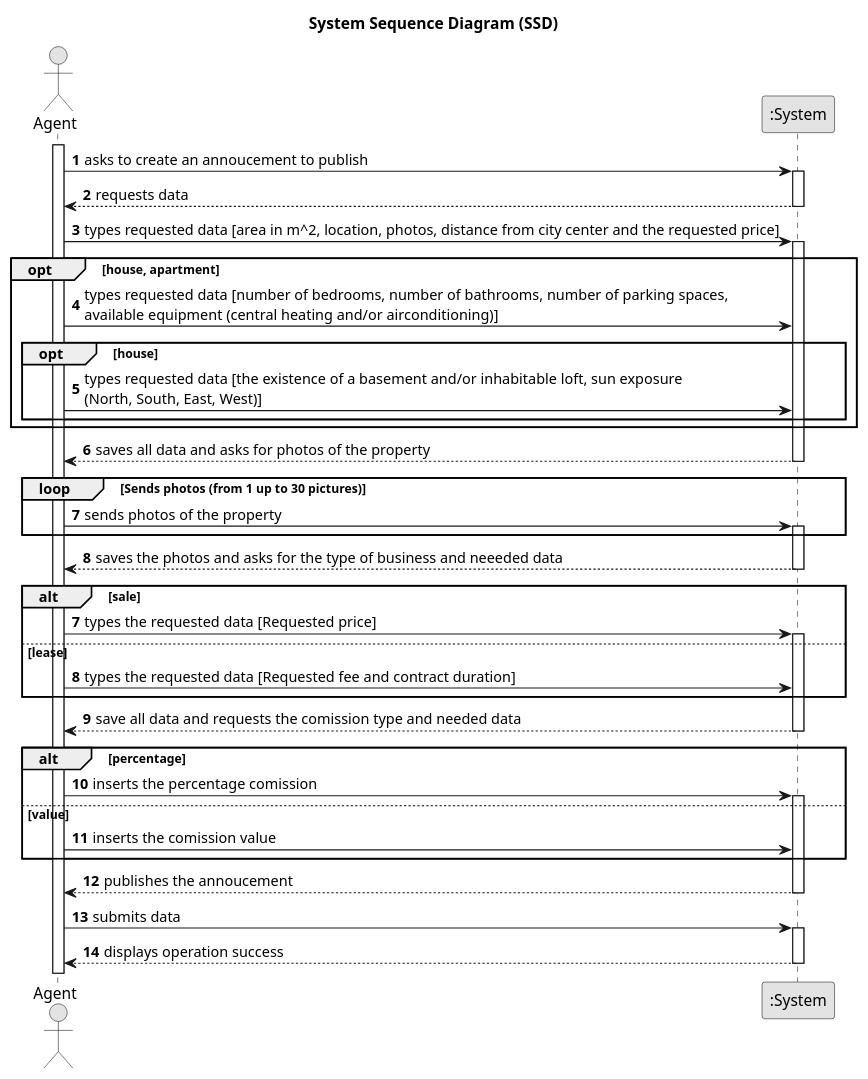
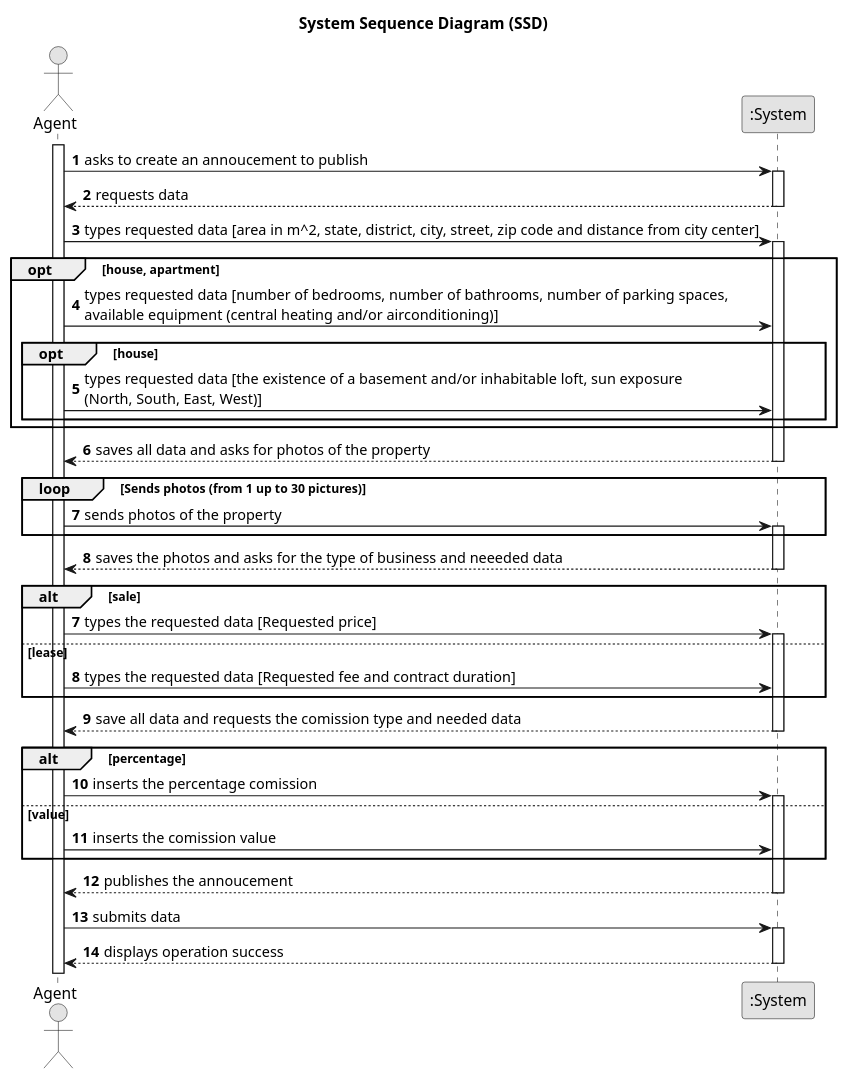
The diagram in docs/sprintB/US02/01.requirements-engineering/puml/us02-system-sequence-diagram.puml (PureNimble/ISEP-LAPR2), drawn with PlantUML before and after one commit. The commit also changed 5 other files, not shown here.

Commit message:
Updated Class Diagram, Domain Model and system sequence diagram

```diff
--- a/docs/sprintB/US02/01.requirements-engineering/puml/us02-system-sequence-diagram.puml
+++ b/docs/sprintB/US02/01.requirements-engineering/puml/us02-system-sequence-diagram.puml
@@ -1,85 +1,91 @@
 @startuml
 'https://plantuml.com/sequence-diagram
 skinparam monochrome true
 skinparam packageStyle rectangle
 skinparam shadowing false
 
 title System Sequence Diagram (SSD)
 
  autonumber
 actor "Agent" as Agent
 participant ":System" as System
 
 activate Agent
 
     Agent -> System : asks to create an annoucement to publish
         activate System
 
     System --> Agent : requests data
         deactivate System
 
-    Agent -> System : types requested data [area in m^2, location, photos, distance from city center and the requested price]
+    Agent -> System : types requested data [area in m^2, state, district, city, street, zip code and distance from city center]
         activate System
 
     opt house, apartment
         autonumber 4
         Agent -> System : types requested data [number of bedrooms, number of bathrooms, number of parking spaces, \navailable equipment (central heating and/or airconditioning)]
 
         opt house
             autonumber 5
             Agent -> System : types requested data [the existence of a basement and/or inhabitable loft, sun exposure \n(North, South, East, West)]
         end
     end
 
     System ---> Agent : saves all data and asks for photos of the property
         deactivate System
 
     loop Sends photos (from 1 up to 30 pictures)
 
         Agent -> System : sends photos of the property
             activate System
         end
 
 
 
 
     System ---> Agent : saves the photos and asks for the type of business and neeeded data
         deactivate System
 
     alt sale
 
         autonumber 7
 
         Agent -> System : types the requested data [Requested price]
             activate System
 
         else lease
 
             Agent -> System : types the requested data [Requested fee and contract duration]
 
     end
+'
+'    System --> Agent : save all data and requests the owner personal information
+'        deactivate System
+'
+'    Agent --> System : types the requested data [name, tax number, phone number, email, state, district, city, street and zip code]
+'        activate System
 
     System --> Agent : save all data and requests the comission type and needed data
         deactivate System
 
     alt percentage
 
     Agent -> System : inserts the percentage comission
         activate System
 
     else value
 
         Agent -> System : inserts the comission value
 
     end
 
     System --> Agent : publishes the annoucement
         deactivate System
 
     Agent -> System : submits data
         activate System
 
     System --> Agent : displays operation success
         deactivate System
 
  @enduml
```
